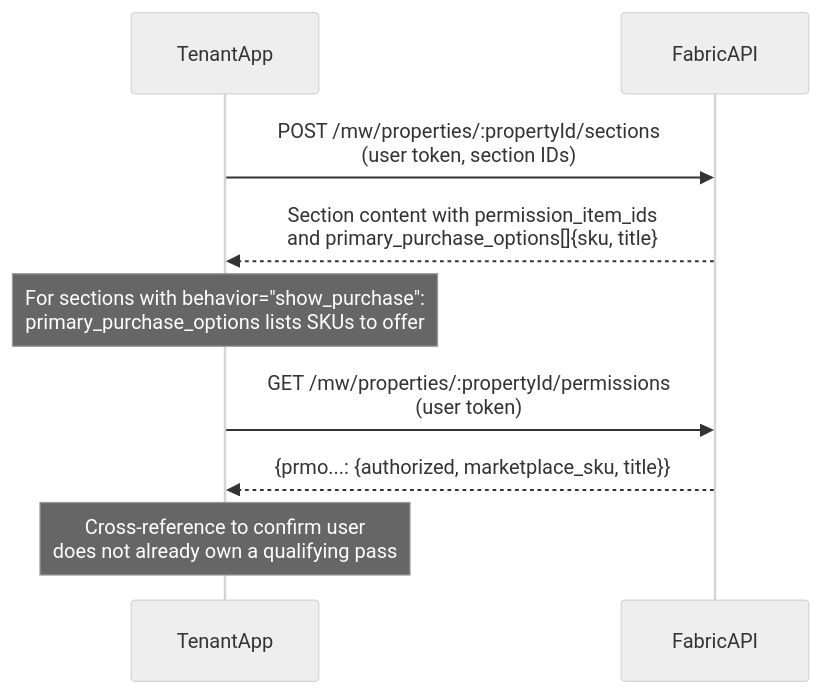
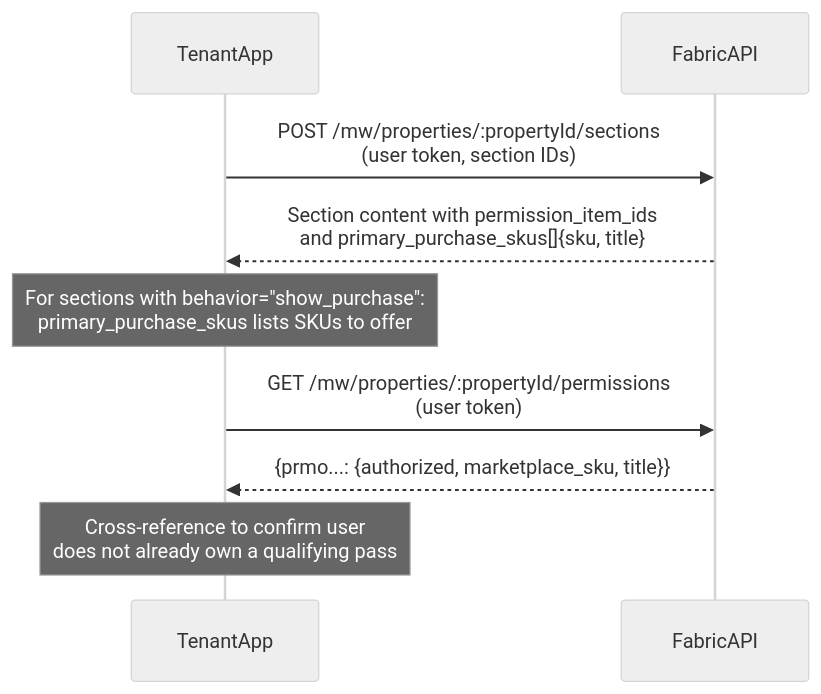
One commit to eluv-io/elv-docs changed the second of 3 diagrams in media-wallet/purchase/README.md. Above: the diagram before and after it, drawn with Mermaid (neutral theme). The commit also changed 2 other files, not shown here.

Commit message:
fix new keyname

````diff
--- a/media-wallet/purchase/README.md
+++ b/media-wallet/purchase/README.md
@@ -47,12 +47,12 @@
 ```mermaid
 sequenceDiagram
     participant TenantApp
     participant FabricAPI
 
     TenantApp->>FabricAPI: POST /mw/properties/:propertyId/sections<br/>(user token, section IDs)
-    FabricAPI-->>TenantApp: Section content with permission_item_ids<br/>and primary_purchase_options[]{sku, title}
-    Note over TenantApp: For sections with behavior="show_purchase":<br/>primary_purchase_options lists SKUs to offer
+    FabricAPI-->>TenantApp: Section content with permission_item_ids<br/>and primary_purchase_skus[]{sku, title}
+    Note over TenantApp: For sections with behavior="show_purchase":<br/>primary_purchase_skus lists SKUs to offer
     TenantApp->>FabricAPI: GET /mw/properties/:propertyId/permissions<br/>(user token)
     FabricAPI-->>TenantApp: {prmo...: {authorized, marketplace_sku, title}}
     Note over TenantApp: Cross-reference to confirm user<br/>does not already own a qualifying pass
 ```
````
